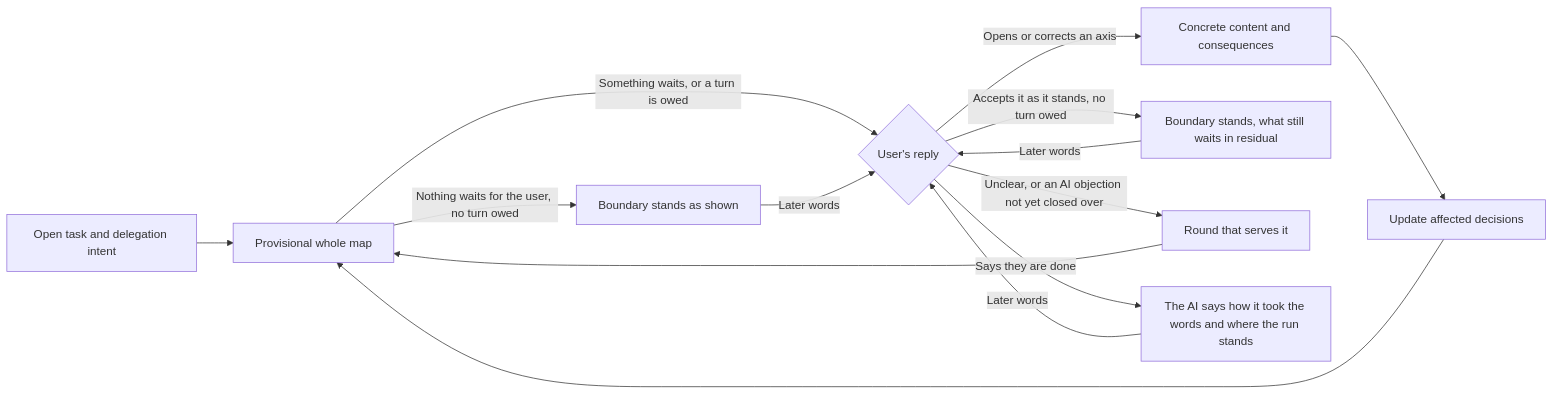
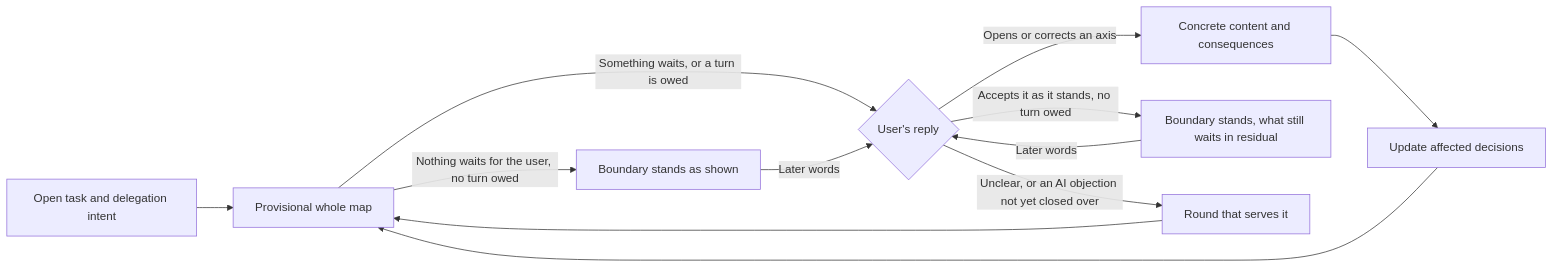
Before and after one commit to jongwony/epistemic-protocols: the diagram in horismos/README.md, drawn with Mermaid. The commit also changed 2 other files, not shown here.

Commit message:
fix(horismos): G9 의 스크래치 실행을 `observe` 에 싣고, README 쌍의 「그만」 흐름도 갈래를 걷는다 — review-loop 13라운드 (ROO-191)
13라운드 code-review 가 짚은 것: 226b69d9 를 COMPOSITION 에 「gathers what the boundary needs …
running what that takes … such as a scratch space」 로 실었더니, `observe` 세 곳의 「what needs a
change of state … is named and handed over」 와 같은 수집 행위에 두 지시가 되었고(#1), 라운드가
모은 것이 증거 턴으로 컨텍스트에 들지 않았고(#3), 새 실행 채널에 grounding 이 없었다(#5).

뿌리: 재료 · 근거 수집과 스크래치 실행은 관측이다. 그래서 `observe` 가 진다 — 판단 문서에
「it may run what gathering takes where nothing existing changes, such as a scratch space」,
grounding 의 능력 목록에 `scratch run`, 세 곳 모두 「a change of existing state」. COMPOSITION 은
「the reversible work a round carries forward is the observation the boundary needs (`observe`), and
the work the boundary is for is left to what follows it」 로 가리키기만 한다.

README 쌍: 「그만하겠다고 함」 흐름도 갈래 K 는 G2 가 걷은 사례 꼴이라(7e2ebe95, ROO-67
bf3665d7) 걷는다 — 그 말은 C 의 다른 답처럼 흐른다. 한국어 README 의 G9 문장에 빠졌던 「경계가
정하는 일 자체는 뒤따르는 수에 맡깁니다」 를 맞춘다(#8).

Claude-Session: https://claude.ai/code/session_01CQN72GYhRecvDjeoiPheG6

````diff
--- a/horismos/README.md
+++ b/horismos/README.md
@@ -9,16 +9,14 @@
 ```mermaid
 flowchart LR
     A[Open task and delegation intent] --> B[Provisional whole map]
     B -->|Nothing waits for the user, no turn owed| G[Boundary stands as shown]
     B -->|Something waits, or a turn is owed| C{User's reply}
     C -->|Opens or corrects an axis| D[Concrete content and consequences]
     D --> E[Update affected decisions]
     E --> B
     C -->|Accepts it as it stands, no turn owed| F[Boundary stands, what still waits in residual]
     C -->|Unclear, or an AI objection not yet closed over| H[Round that serves it]
     H --> B
-    C -->|Says they are done| K[The AI says how it took the words and where the run stands]
-    K -->|Later words| C
     F -->|Later words| C
     G -->|Later words| C
 ```
````
